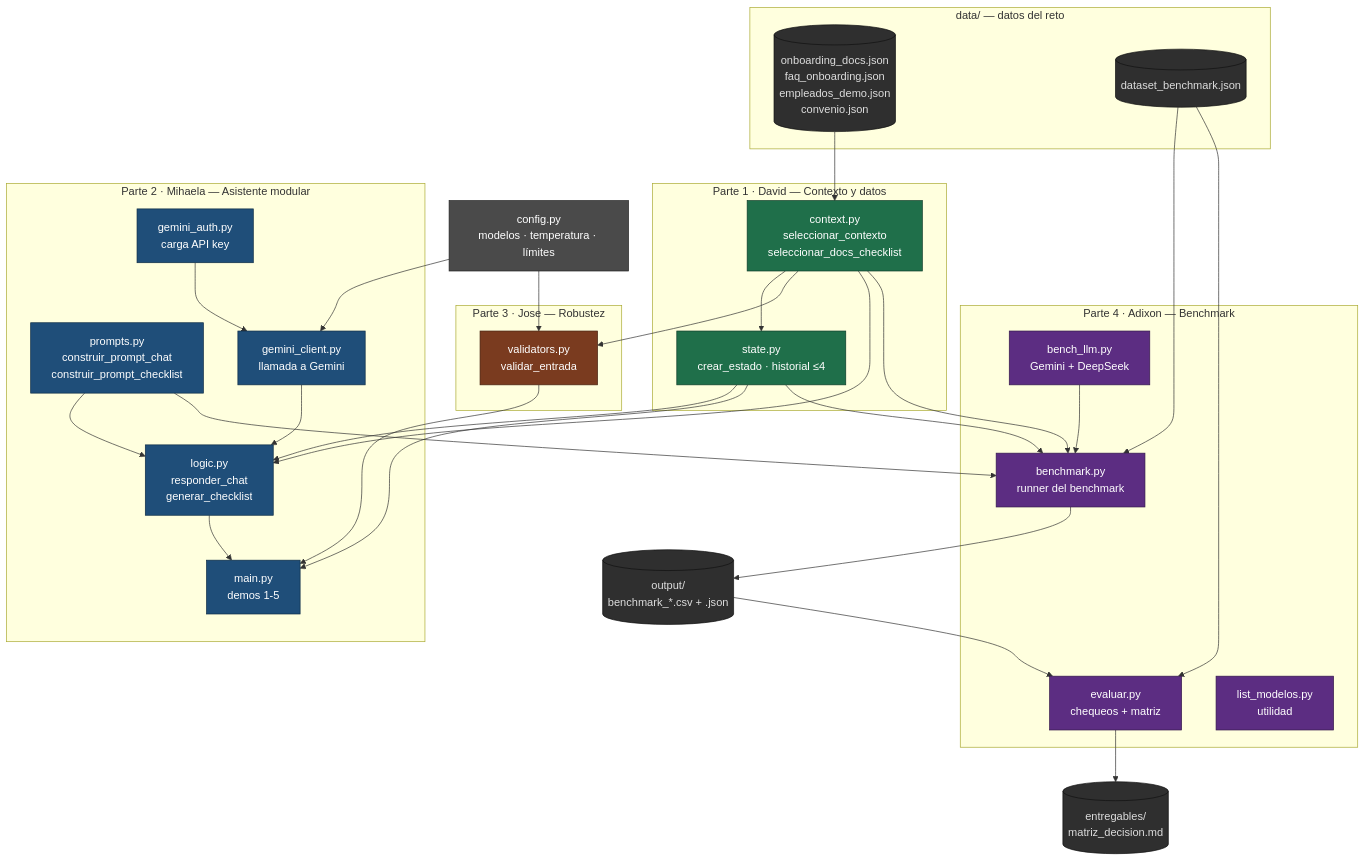
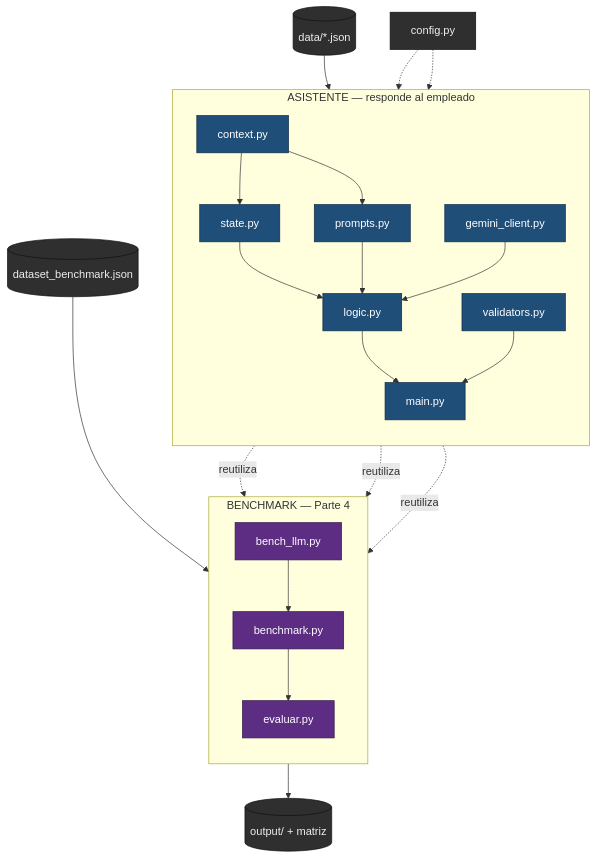
Before and after one commit to adxalex/employee-onboarding-assistant: the first of 2 diagrams in README.md, drawn with Mermaid. The commit also changed other lines of this file, not shown here.

Commit message:
docs: diagrama de arquitectura mas limpio (lineas solidas vs punteadas)

````diff
--- a/README.md
+++ b/README.md
@@ -68,76 +68,59 @@
 ```mermaid
-flowchart TD
-    CONFIG["config.py<br/>modelos · temperatura · límites"]
+flowchart TB
+    DATA[("data/*.json")]
+    CFG["config.py"]
+    DS[("dataset_benchmark.json")]
 
-    subgraph DATOS["data/ — datos del reto"]
-        D1[("onboarding_docs.json<br/>faq_onboarding.json<br/>empleados_demo.json<br/>convenio.json")]
-        D2[("dataset_benchmark.json")]
+    subgraph ASIS["ASISTENTE — responde al empleado"]
+        direction TB
+        CTX["context.py"]
+        ST["state.py"]
+        PR["prompts.py"]
+        CL["gemini_client.py"]
+        LO["logic.py"]
+        VAL["validators.py"]
+        MA["main.py"]
     end
 
-    subgraph P1["Parte 1 · David — Contexto y datos"]
-        CONTEXT["context.py<br/>seleccionar_contexto<br/>seleccionar_docs_checklist"]
-        STATE["state.py<br/>crear_estado · historial ≤4"]
+    subgraph BENCH["BENCHMARK — Parte 4"]
+        direction TB
+        BL["bench_llm.py"]
+        BE["benchmark.py"]
+        EV["evaluar.py"]
     end
 
-    subgraph P2["Parte 2 · Mihaela — Asistente modular"]
-        PROMPTS["prompts.py<br/>construir_prompt_chat<br/>construir_prompt_checklist"]
-        AUTH["gemini_auth.py<br/>carga API key"]
-        CLIENT["gemini_client.py<br/>llamada a Gemini"]
-        LOGIC["logic.py<br/>responder_chat<br/>generar_checklist"]
-        MAIN["main.py<br/>demos 1-5"]
-    end
+    OUT[("output/ + matriz")]
 
-    subgraph P3["Parte 3 · Jose — Robustez"]
-        VAL["validators.py<br/>validar_entrada"]
-    end
+    %% Flujo principal del asistente (linea solida = camino directo)
+    DATA --> CTX
+    CTX --> ST
+    CTX --> PR
+    ST --> LO
+    PR --> LO
+    CL --> LO
+    LO --> MA
+    VAL --> MA
 
-    subgraph P4["Parte 4 · Adixon — Benchmark"]
-        BLLM["bench_llm.py<br/>Gemini + DeepSeek"]
-        BENCH["benchmark.py<br/>runner del benchmark"]
-        EVAL["evaluar.py<br/>chequeos + matriz"]
-        LIST["list_modelos.py<br/>utilidad"]
-    end
+    %% config es transversal (punteado)
+    CFG -.-> CL
+    CFG -.-> VAL
 
-    OUT[("output/<br/>benchmark_*.csv + .json")]
-    MATRIZ[("entregables/<br/>matriz_decision.md")]
+    %% Flujo del benchmark (linea solida)
+    DS --> BE
+    BL --> BE
+    BE --> EV
+    EV --> OUT
 
-    D1 --> CONTEXT
-    CONTEXT --> STATE
-    CONFIG --> CLIENT
-    AUTH --> CLIENT
-    CONFIG --> VAL
-    CONTEXT --> VAL
+    %% El benchmark REUTILIZA modulos del asistente (punteado)
+    CTX -. reutiliza .-> BE
+    PR -. reutiliza .-> BE
+    ST -. reutiliza .-> BE
 
-    CONTEXT --> LOGIC
-    STATE --> LOGIC
-    PROMPTS --> LOGIC
-    CLIENT --> LOGIC
+    classDef asis fill:#1f4e79,stroke:#0d2b45,color:#fff
+    classDef bench fill:#5c2d82,stroke:#33174a,color:#fff
+    classDef ext fill:#2f2f2f,stroke:#111,color:#eee
 
-    LOGIC --> MAIN
-    STATE --> MAIN
-    VAL --> MAIN
-
-    D2 --> BENCH
-    CONTEXT --> BENCH
-    STATE --> BENCH
-    PROMPTS --> BENCH
-    BLLM --> BENCH
-    BENCH --> OUT
-    OUT --> EVAL
-    D2 --> EVAL
-    EVAL --> MATRIZ
-
-    classDef p1 fill:#1f6f4a,stroke:#0d3b28,color:#fff
-    classDef p2 fill:#1f4e79,stroke:#0d2b45,color:#fff
-    classDef p3 fill:#7a3b1f,stroke:#452110,color:#fff
-    classDef p4 fill:#5c2d82,stroke:#33174a,color:#fff
-    classDef shared fill:#4a4a4a,stroke:#222,color:#fff
-    classDef file fill:#2f2f2f,stroke:#111,color:#ddd
-
-    class CONTEXT,STATE p1
-    class PROMPTS,AUTH,CLIENT,LOGIC,MAIN p2
-    class VAL p3
-    class BLLM,BENCH,EVAL,LIST p4
-    class CONFIG shared
-    class D1,D2,OUT,MATRIZ file
+    class CTX,ST,PR,CL,LO,VAL,MA asis
+    class BL,BE,EV bench
+    class DATA,CFG,DS,OUT ext
 ```
````
